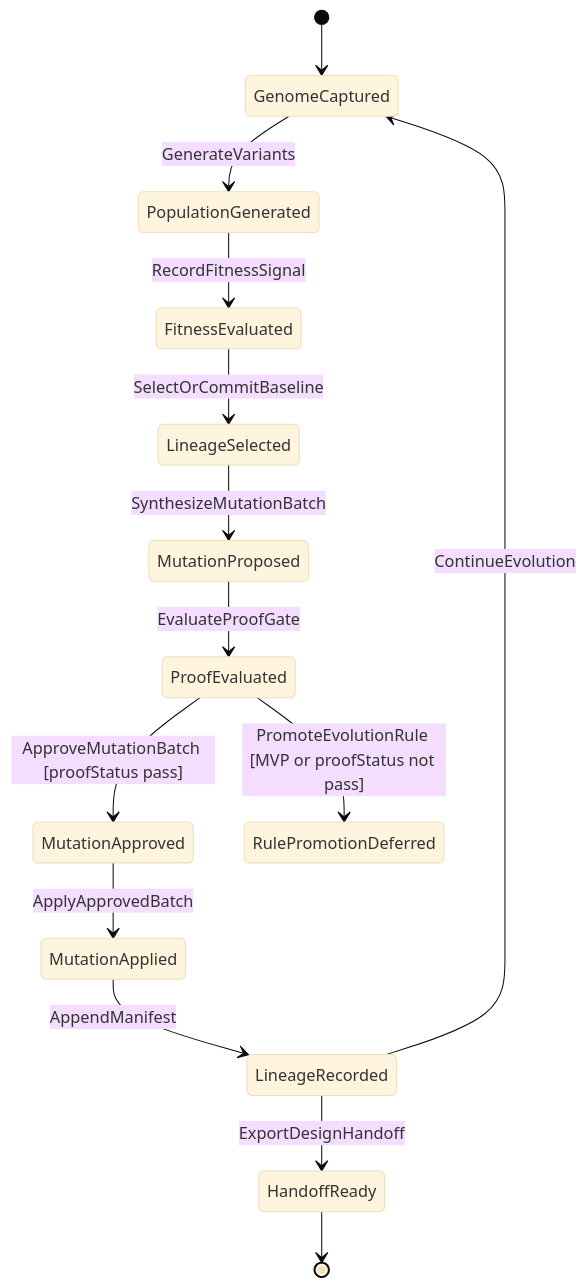
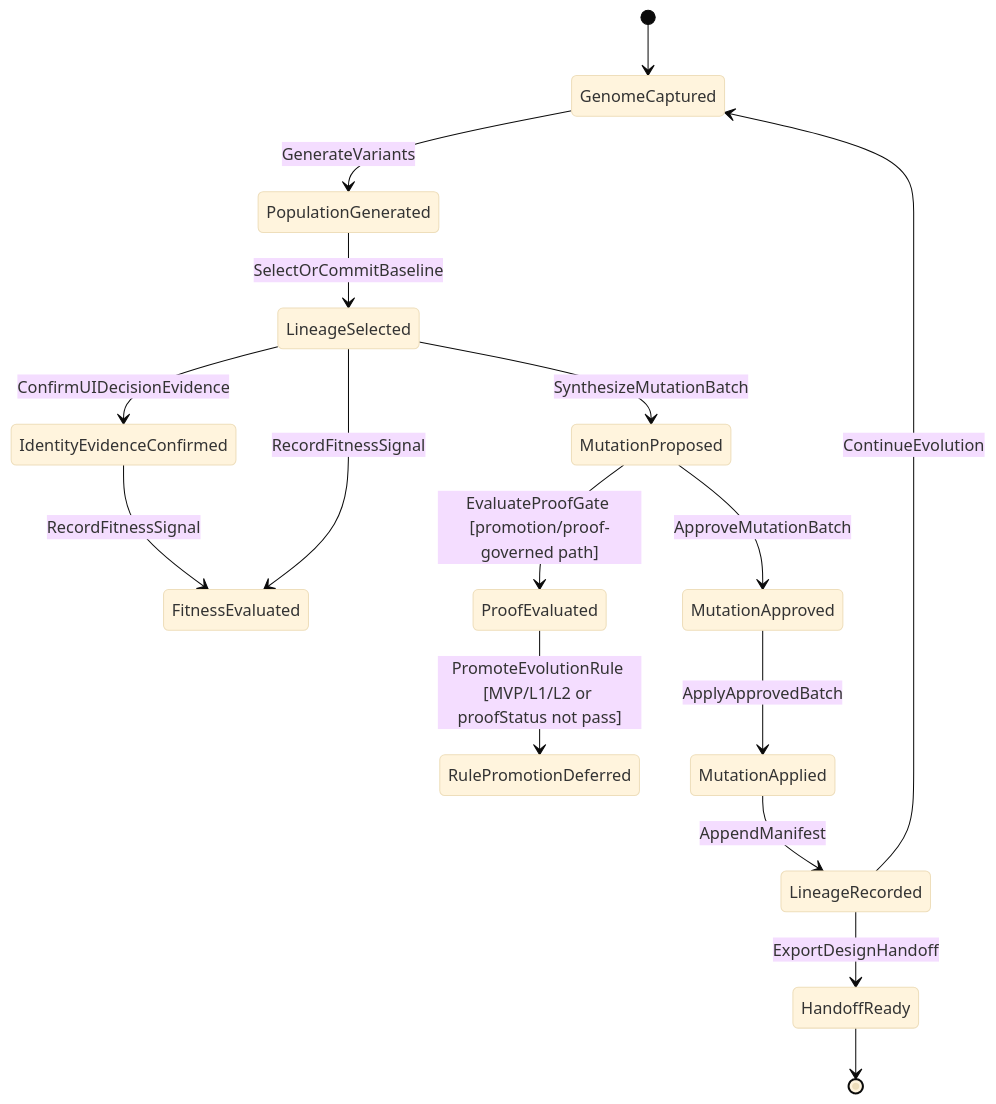
The second of 2 diagrams in docs/features/ui-prototyping-studio/states.md (cyberAlchemyAI/domainspec), drawn with Mermaid (base theme) before and after one commit. The commit also changed other lines of this file and 22 other files, not shown here.

````diff
--- a/docs/features/ui-prototyping-studio/states.md
+++ b/docs/features/ui-prototyping-studio/states.md
@@ -63,16 +71,18 @@
 ```mermaid
 stateDiagram-v2
     [*] --> GenomeCaptured
     GenomeCaptured --> PopulationGenerated : GenerateVariants
-    PopulationGenerated --> FitnessEvaluated : RecordFitnessSignal
-    FitnessEvaluated --> LineageSelected : SelectOrCommitBaseline
+    PopulationGenerated --> LineageSelected : SelectOrCommitBaseline
+    LineageSelected --> IdentityEvidenceConfirmed : ConfirmUIDecisionEvidence
+    IdentityEvidenceConfirmed --> FitnessEvaluated : RecordFitnessSignal
+    LineageSelected --> FitnessEvaluated : RecordFitnessSignal
     LineageSelected --> MutationProposed : SynthesizeMutationBatch
-    MutationProposed --> ProofEvaluated : EvaluateProofGate
-    ProofEvaluated --> MutationApproved : ApproveMutationBatch [proofStatus pass]
-    ProofEvaluated --> RulePromotionDeferred : PromoteEvolutionRule [MVP or proofStatus not pass]
+    MutationProposed --> MutationApproved : ApproveMutationBatch
+    MutationProposed --> ProofEvaluated : EvaluateProofGate [promotion/proof-governed path]
+    ProofEvaluated --> RulePromotionDeferred : PromoteEvolutionRule [MVP/L1/L2 or proofStatus not pass]
     MutationApproved --> MutationApplied : ApplyApprovedBatch
     MutationApplied --> LineageRecorded : AppendManifest
     LineageRecorded --> GenomeCaptured : ContinueEvolution
     LineageRecorded --> HandoffReady : ExportDesignHandoff
     HandoffReady --> [*]
 ```
````
